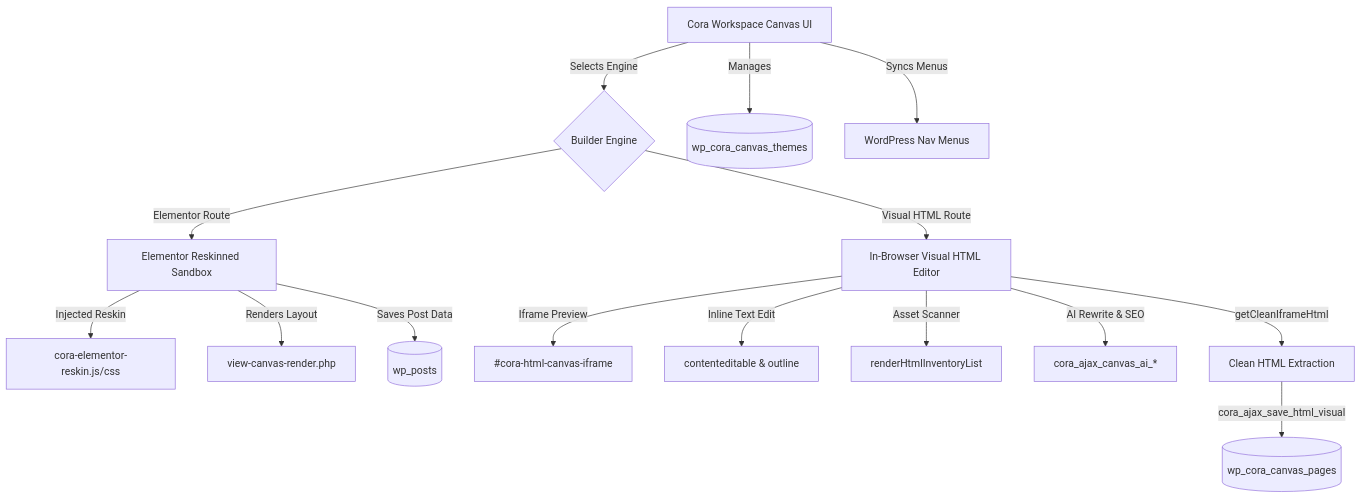
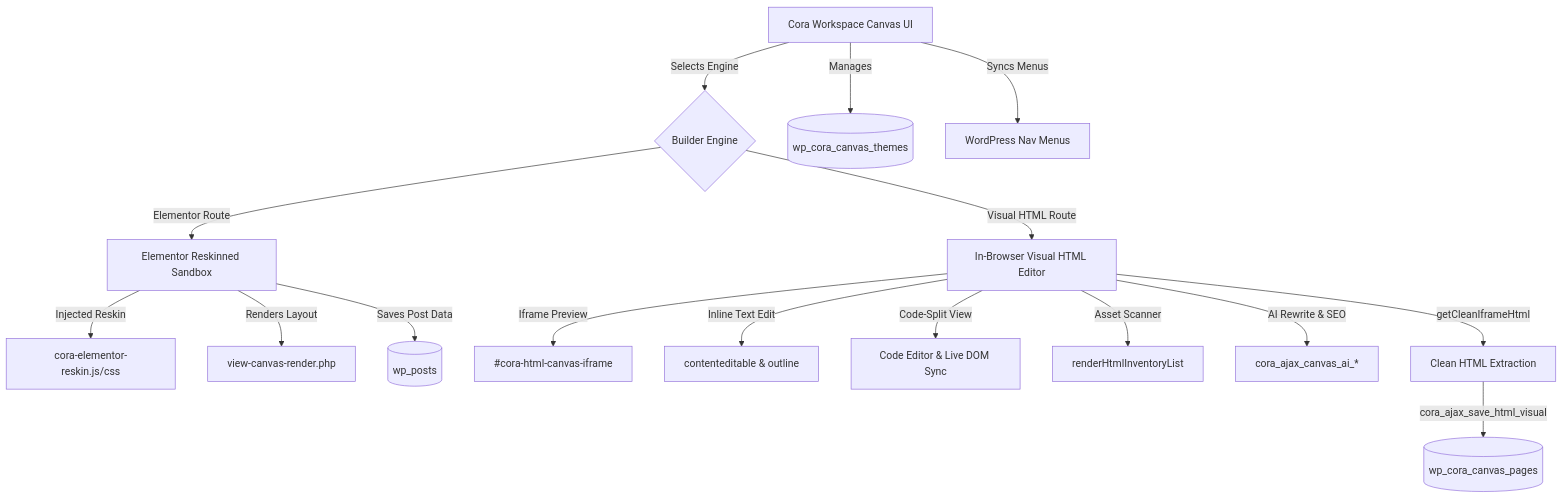
One commit to dravyafolio2021/cora-updates changed the diagram in docs/canvas-frontend-module.md. Above: the diagram before and after it, drawn with Mermaid. The commit also changed other lines of this file and 8 other files, not shown here.

````diff
--- a/docs/canvas-frontend-module.md
+++ b/docs/canvas-frontend-module.md
@@ -14,20 +14,21 @@
 ```mermaid
 graph TD
     A[Cora Workspace Canvas UI] -->|Selects Engine| B{Builder Engine}
     B -->|Elementor Route| C[Elementor Reskinned Sandbox]
     B -->|Visual HTML Route| D[In-Browser Visual HTML Editor]
     
     C -->|Injected Reskin| E[cora-elementor-reskin.js/css]
     C -->|Renders Layout| F[view-canvas-render.php]
     C -->|Saves Post Data| G[(wp_posts)]
     
     D -->|Iframe Preview| H[#cora-html-canvas-iframe]
     D -->|Inline Text Edit| I[contenteditable & outline]
-    D -->|Asset Scanner| J[renderHtmlInventoryList]
-    D -->|AI Rewrite & SEO| K[cora_ajax_canvas_ai_*]
-    D -->|getCleanIframeHtml| L[Clean HTML Extraction]
-    L -->|cora_ajax_save_html_visual| M[(wp_cora_canvas_pages)]
+    D -->|Code-Split View| J[Code Editor & Live DOM Sync]
+    D -->|Asset Scanner| K[renderHtmlInventoryList]
+    D -->|AI Rewrite & SEO| L[cora_ajax_canvas_ai_*]
+    D -->|getCleanIframeHtml| M[Clean HTML Extraction]
+    M -->|cora_ajax_save_html_visual| N[(wp_cora_canvas_pages)]
     
-    A -->|Manages| N[(wp_cora_canvas_themes)]
-    A -->|Syncs Menus| O[WordPress Nav Menus]
+    A -->|Manages| O[(wp_cora_canvas_themes)]
+    A -->|Syncs Menus| P[WordPress Nav Menus]
 ```
````
